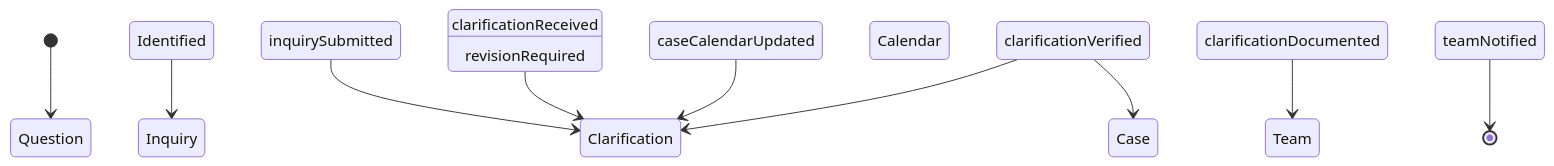
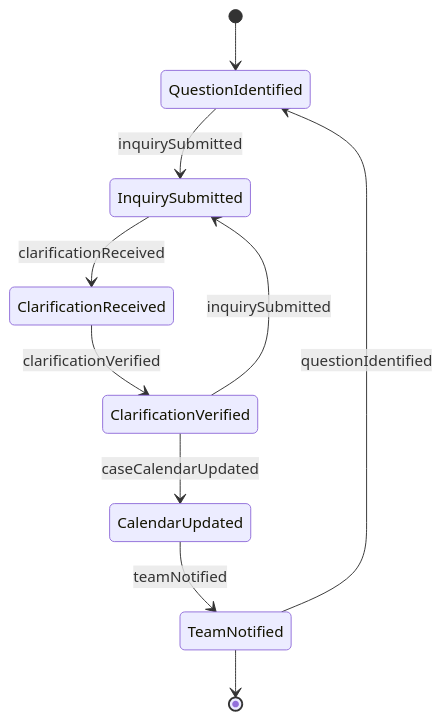
The second of 4 diagrams in CommunicatingWithSupervisorsPeersOrSubordinates/DiscussLegalMattersWithClientsDisputantsOrLegalProfessionalsOrStaff/ConferCourtStaffClarifyInformation.mdx (dot-org-ai/tasks.org.ai), drawn with Mermaid before and after one commit. The commit also changed other lines of this file and 515 other files, not shown here.

````diff
--- a/CommunicatingWithSupervisorsPeersOrSubordinates/DiscussLegalMattersWithClientsDisputantsOrLegalProfessionalsOrStaff/ConferCourtStaffClarifyInformation.mdx
+++ b/CommunicatingWithSupervisorsPeersOrSubordinates/DiscussLegalMattersWithClientsDisputantsOrLegalProfessionalsOrStaff/ConferCourtStaffClarifyInformation.mdx
@@ -98,12 +98,12 @@
 ```mermaid
 stateDiagram-v2
-    [*] --> Question Identified
-    Question Identified --> Inquiry Submitted : inquirySubmitted
-    Inquiry Submitted --> Clarification Received : clarificationReceived
-    Clarification Received --> Clarification Verified : clarificationVerified
-    Clarification Verified --> Case Calendar Updated : caseCalendarUpdated
-    Case Calendar Updated --> Clarification Documented : clarificationDocumented
-    Clarification Documented --> Team Notified : teamNotified
-    Clarification Verified --> Clarification Received : revisionRequired
-    Team Notified --> [*]
+    [*] --> QuestionIdentified
+    QuestionIdentified --> InquirySubmitted : inquirySubmitted
+    InquirySubmitted --> ClarificationReceived : clarificationReceived
+    ClarificationReceived --> ClarificationVerified : clarificationVerified
+    ClarificationVerified --> CalendarUpdated : caseCalendarUpdated
+    CalendarUpdated --> TeamNotified : teamNotified
+    ClarificationVerified --> InquirySubmitted : inquirySubmitted
+    TeamNotified --> QuestionIdentified : questionIdentified
+    TeamNotified --> [*]
 ```
````
